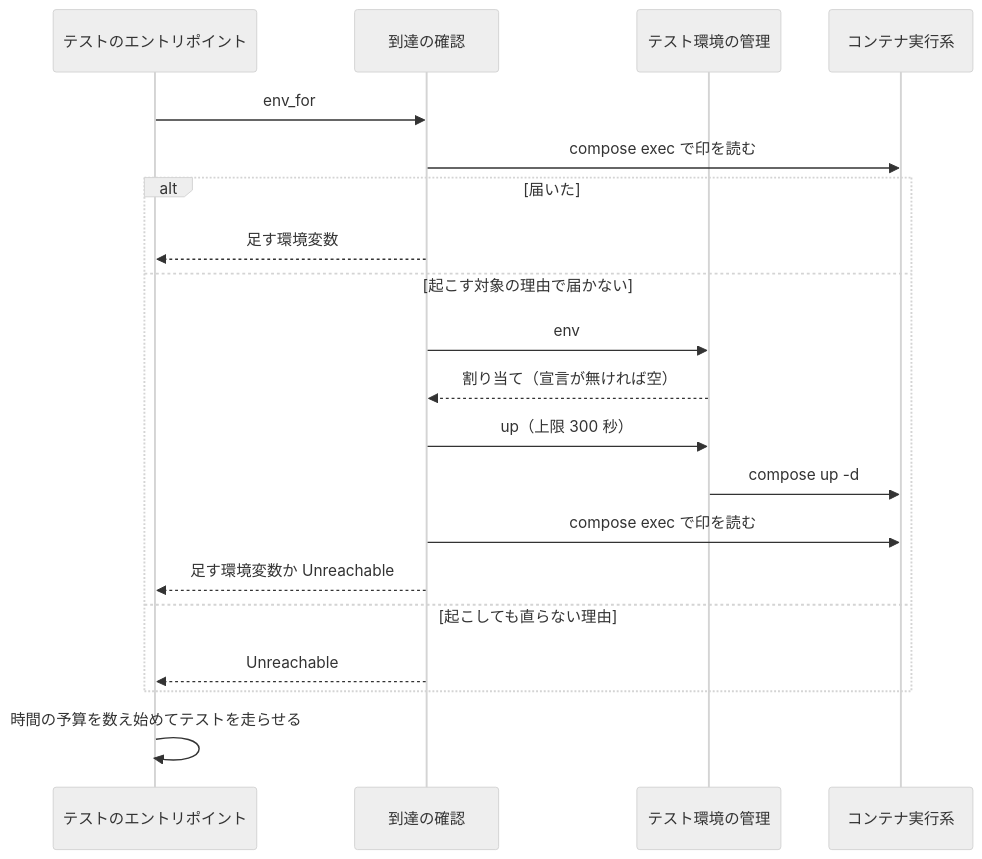
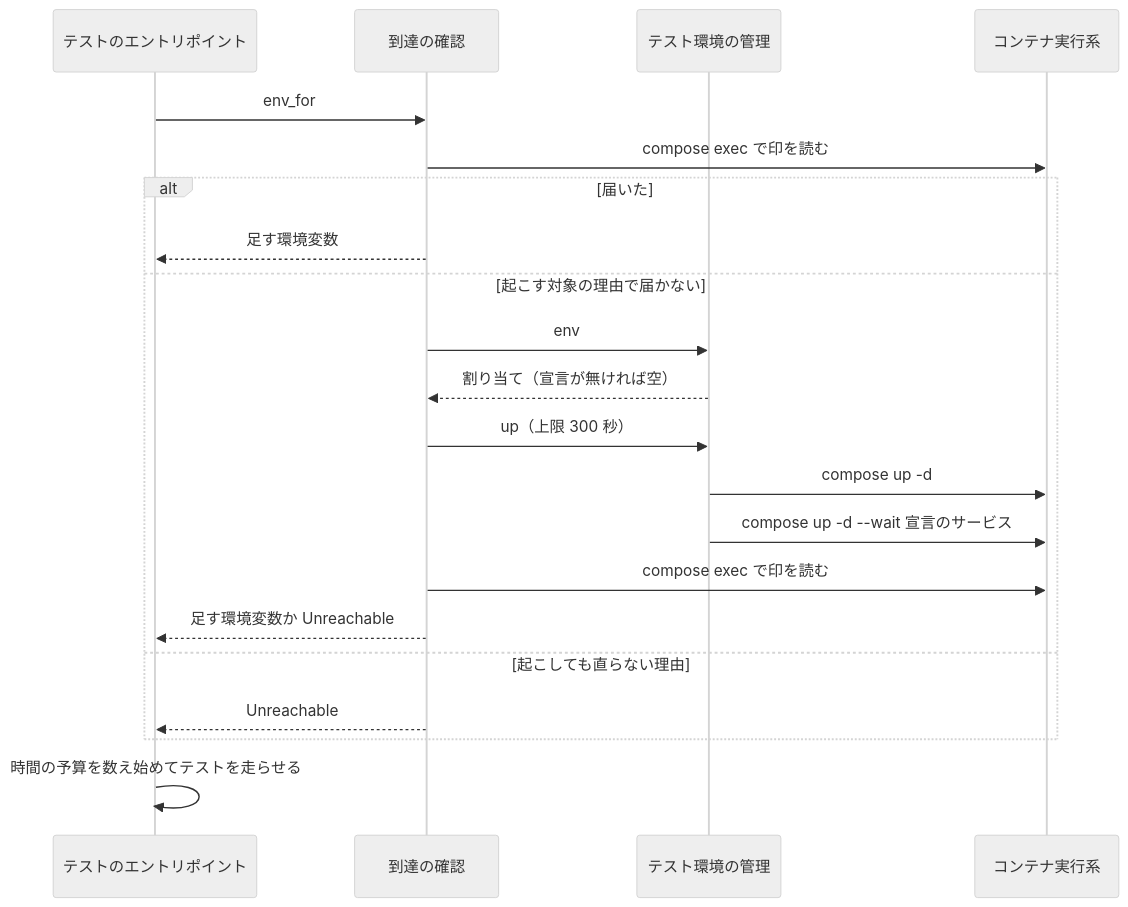
One commit to devbasex/ai-plugins changed the fifth of 6 diagrams in issues/issue-2567-design.md. Above: the diagram before and after it, drawn with Mermaid (neutral theme). The commit also changed other lines of this file, not shown here.

````diff
--- a/issues/issue-2567-design.md
+++ b/issues/issue-2567-design.md
@@ -328,22 +349,23 @@
 ```mermaid
 sequenceDiagram
     participant T as テストのエントリポイント
     participant A as 到達の確認
     participant E as テスト環境の管理
     participant D as コンテナ実行系
     T->>A: env_for
     A->>D: compose exec で印を読む
     alt 届いた
         A-->>T: 足す環境変数
     else 起こす対象の理由で届かない
         A->>E: env
         E-->>A: 割り当て（宣言が無ければ空）
         A->>E: up（上限 300 秒）
         E->>D: compose up -d
+        E->>D: compose up -d --wait 宣言のサービス
         A->>D: compose exec で印を読む
         A-->>T: 足す環境変数か Unreachable
     else 起こしても直らない理由
         A-->>T: Unreachable
     end
     T->>T: 時間の予算を数え始めてテストを走らせる
 ```
````
